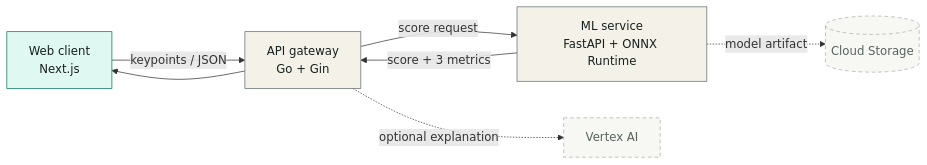
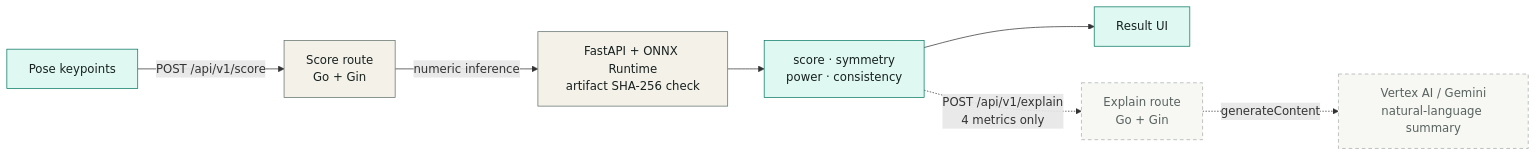
Before and after one commit to Udonburo/picca: the diagram in README.md, drawn with Mermaid. The commit also changed other lines of this file and 4 other files, not shown here.

````diff
--- a/README.md
+++ b/README.md
@@ -57,16 +61,16 @@
 ```mermaid
 flowchart LR
-    Web["Web client<br/>Next.js"] -->|"keypoints / JSON"| Go["API gateway<br/>Go + Gin"]
-    Go -->|"score request"| ML["ML service<br/>FastAPI + ONNX Runtime"]
-    ML -.->|"model artifact"| GCS[("Cloud Storage")]
-    Go -.->|"optional explanation"| Vertex["Vertex AI"]
-    ML -->|"score + 3 metrics"| Go
-    Go --> Web
+    Input["Pose keypoints"] -->|"POST /api/v1/score"| Score["Score route<br/>Go + Gin"]
+    Score -->|"numeric inference"| ML["FastAPI + ONNX Runtime<br/>artifact SHA-256 check"]
+    ML --> Metrics["score · symmetry<br/>power · consistency"]
+    Metrics --> UI["Result UI"]
+    Metrics -.->|"POST /api/v1/explain<br/>4 metrics only"| Explain["Explain route<br/>Go + Gin"]
+    Explain -.->|"generateContent"| Vertex["Vertex AI / Gemini<br/>natural-language summary"]
 
     classDef primary fill:#dff8f1,stroke:#087864,color:#17211f;
     classDef service fill:#f4f1e9,stroke:#60706b,color:#17211f;
     classDef optional fill:#f7f7f4,stroke:#a8b0ad,color:#58635f,stroke-dasharray:5 4;
-    class Web primary;
-    class Go,ML service;
-    class GCS,Vertex optional;
+    class Input,Metrics,UI primary;
+    class Score,ML service;
+    class Explain,Vertex optional;
 ```
````
